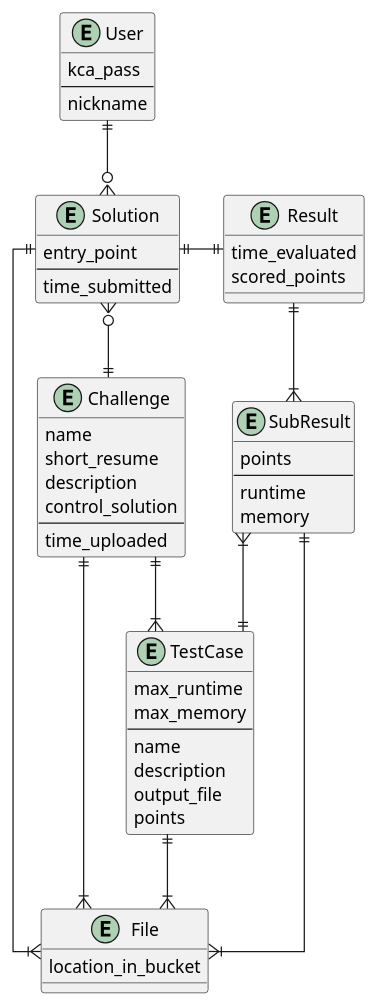
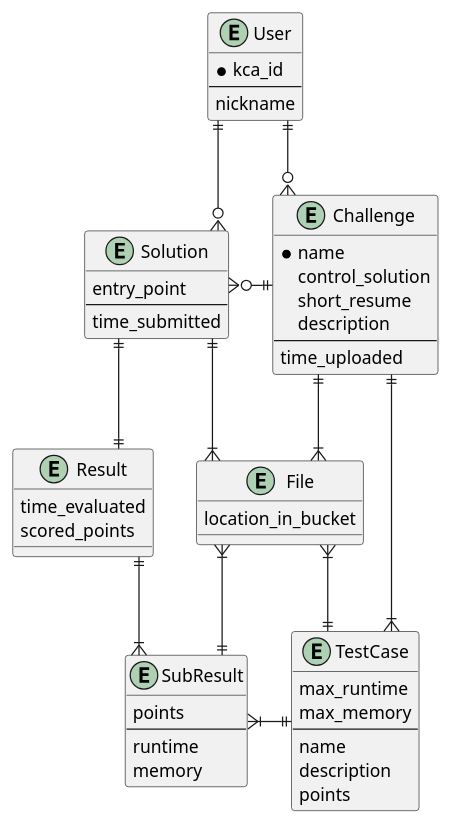
Before and after one commit to nemaberci/codehub: the diagram in specification/database.plantuml, drawn with PlantUML.

Commit message:
Clarified connections

```diff
--- a/specification/database.plantuml
+++ b/specification/database.plantuml
@@ -1,67 +1,64 @@
 @startuml
 
 skinparam linetype ortho
 
 entity "Challenge" as c {
-    name
+    *name
+    control_solution
     short_resume
     description
-    control_solution
     --
     time_uploaded
 }
 
 entity "TestCase" as tc {
     max_runtime
     max_memory
     --
     name 
     description 
-    output_file
     points
 }
 
 entity "Solution" as s {
     entry_point
     --
     time_submitted
 }
 
 entity "User" as u {
-    kca_pass
+    *kca_id
     --
     nickname
 }
 
 entity "File" as f {
     location_in_bucket
 }
 
 entity "Result" as r {
     time_evaluated
     scored_points
 }
 
 entity "SubResult" as sr {
     points
     --
     runtime
     memory
 }
 
 
-u ||--o{ s
-s ||--|{ f
+u ||-o{ s
+s ||-|{ f
 c ||--|{ f
 tc ||--|{ f
 c ||--|{ tc
-s }o--|| c
-' can we have multiple results for a solution?
+s }o-|| c
 s ||-|| r
-
 r ||--|{ sr 
-sr }|--|| tc
-
+sr }|-|| tc
 f }|--|| sr
+c }o--|| u
 
 @enduml 
```
